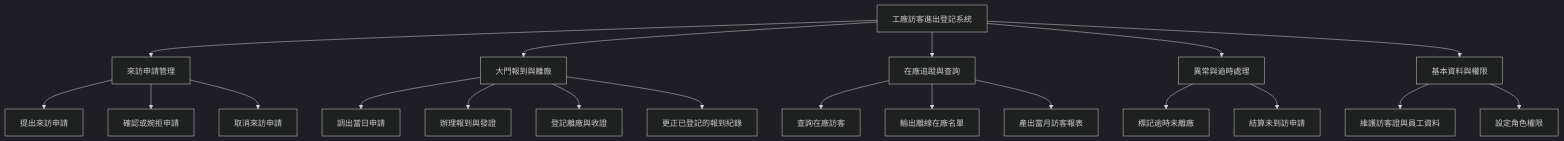
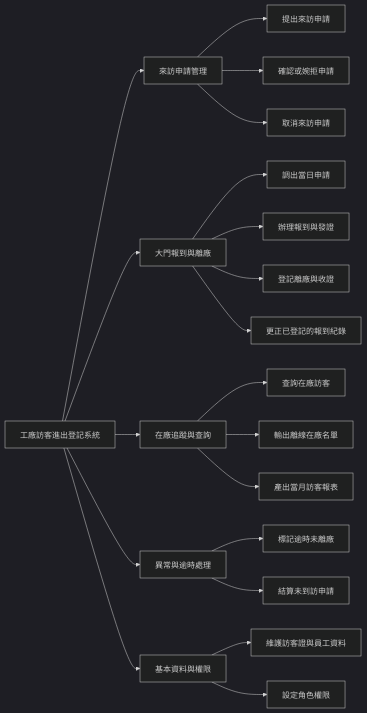
Before and after one commit to billy1125/system-analysis-and-design: the third of 4 diagrams in 01-Course-Materials/05-Functional-Analysis.md, drawn with Mermaid (dark theme). The commit also changed 1 other file, not shown here.

Commit message:
修改行為模型教材

````diff
--- a/01-Course-Materials/05-Functional-Analysis.md
+++ b/01-Course-Materials/05-Functional-Analysis.md
@@ -273,29 +273,29 @@
 ```mermaid
-flowchart TD
+flowchart LR
     S[工廠訪客進出登記系統]
 
     S --> M1[來訪申請管理]
     S --> M2[大門報到與離廠]
     S --> M3[在廠追蹤與查詢]
     S --> M4[異常與逾時處理]
     S --> M5[基本資料與權限]
 
     M1 --> F11[提出來訪申請]
     M1 --> F12[確認或婉拒申請]
     M1 --> F13[取消來訪申請]
 
     M2 --> F21[調出當日申請]
     M2 --> F22[辦理報到與發證]
     M2 --> F23[登記離廠與收證]
     M2 --> F24[更正已登記的報到紀錄]
 
     M3 --> F31[查詢在廠訪客]
     M3 --> F32[輸出離線在廠名單]
     M3 --> F33[產出當月訪客報表]
 
     M4 --> F41[標記逾時未離廠]
     M4 --> F42[結算未到訪申請]
 
     M5 --> F51[維護訪客證與員工資料]
     M5 --> F52[設定角色權限]
 ```
````
